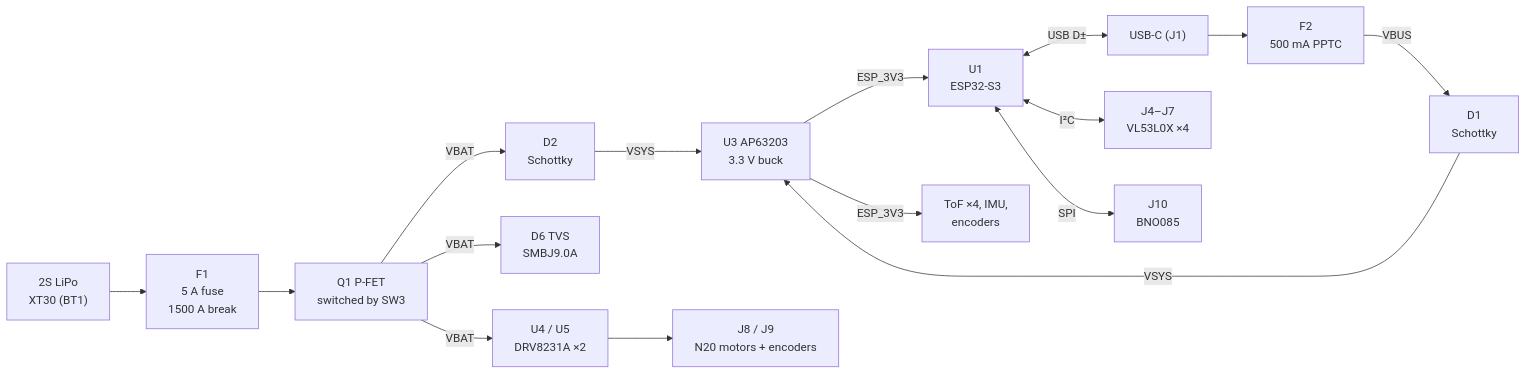
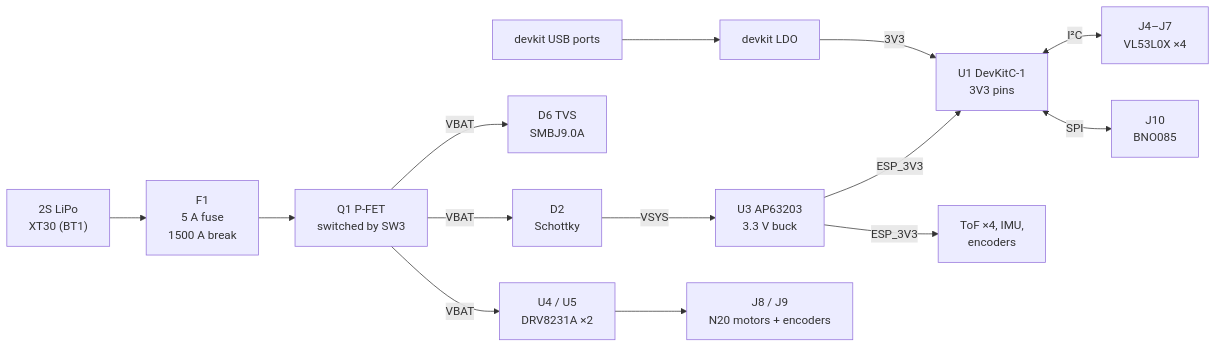
One commit to Galm007/KiCad-Pixy-M2 changed the diagram in README.md. Above: the diagram before and after it, drawn with Mermaid. The commit also changed other lines of this file and 25 other files, not shown here.

First line of the commit message:
U1: plug-in ESP32-S3-DevKitC-1-N8R8 on SMD sockets, same 66 x 100 mm board

````diff
--- a/README.md
+++ b/README.md
@@ -82,18 +87,16 @@
 ```mermaid
 flowchart LR
     BAT["2S LiPo<br/>XT30 (BT1)"] --> F1["F1<br/>5 A fuse<br/>1500 A break"]
     F1 --> Q1["Q1 P-FET<br/>switched by SW3"]
     Q1 -- VBAT --> DRV["U4 / U5<br/>DRV8231A ×2"]
     Q1 -- VBAT --> D6["D6 TVS<br/>SMBJ9.0A"]
     Q1 -- VBAT --> D2["D2<br/>Schottky"]
-    USB["USB-C (J1)"] --> F2["F2<br/>500 mA PPTC"]
-    F2 -- VBUS --> D1["D1<br/>Schottky"]
-    D1 -- VSYS --> BUCK["U3 AP63203<br/>3.3 V buck"]
-    D2 -- VSYS --> BUCK
-    BUCK -- ESP_3V3 --> MCU["U1<br/>ESP32-S3"]
+    D2 -- VSYS --> BUCK["U3 AP63203<br/>3.3 V buck"]
+    BUCK -- ESP_3V3 --> MCU["U1 DevKitC-1<br/>3V3 pins"]
     BUCK -- ESP_3V3 --> PERIPH["ToF ×4, IMU,<br/>encoders"]
+    USB["devkit USB ports"] --> LDO["devkit LDO"]
+    LDO -- 3V3 --> MCU
     DRV --> MOT["J8 / J9<br/>N20 motors + encoders"]
     MCU <-->|I²C| TOF["J4–J7<br/>VL53L0X ×4"]
     MCU <-->|SPI| IMU["J10<br/>BNO085"]
-    MCU <-->|USB D±| USB
 ```
````
